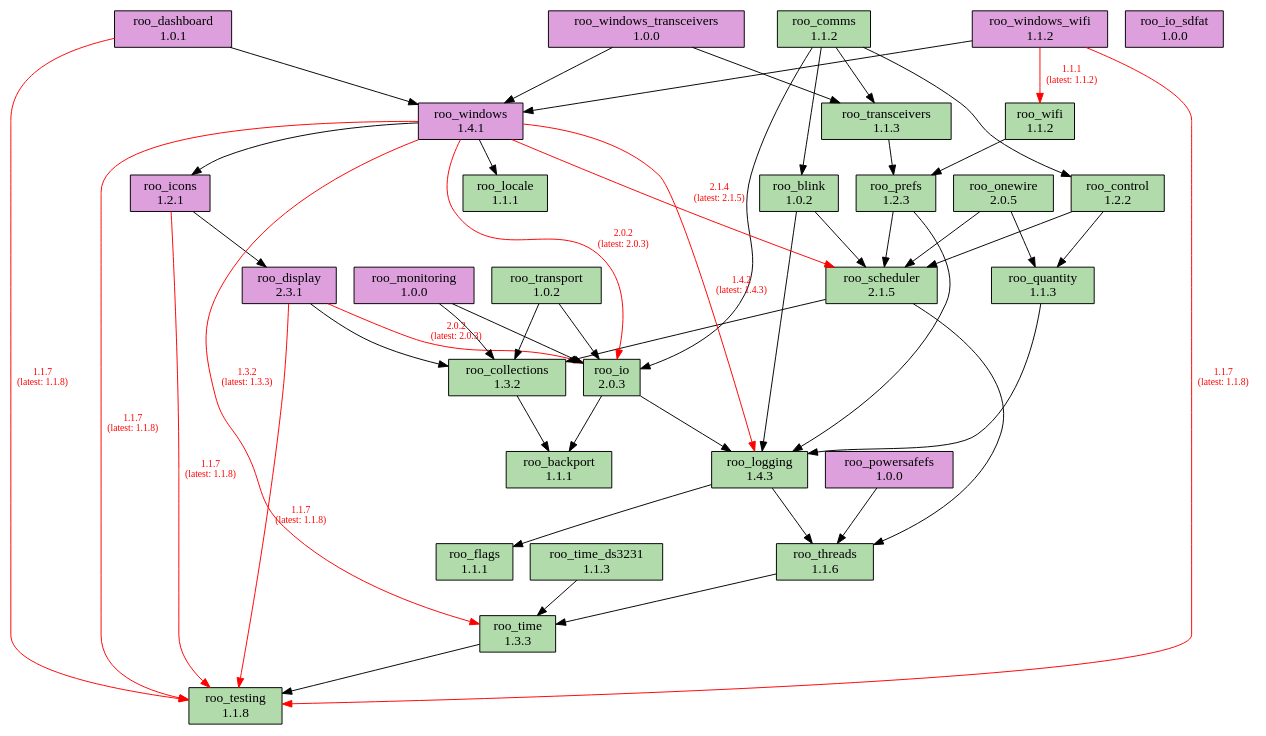
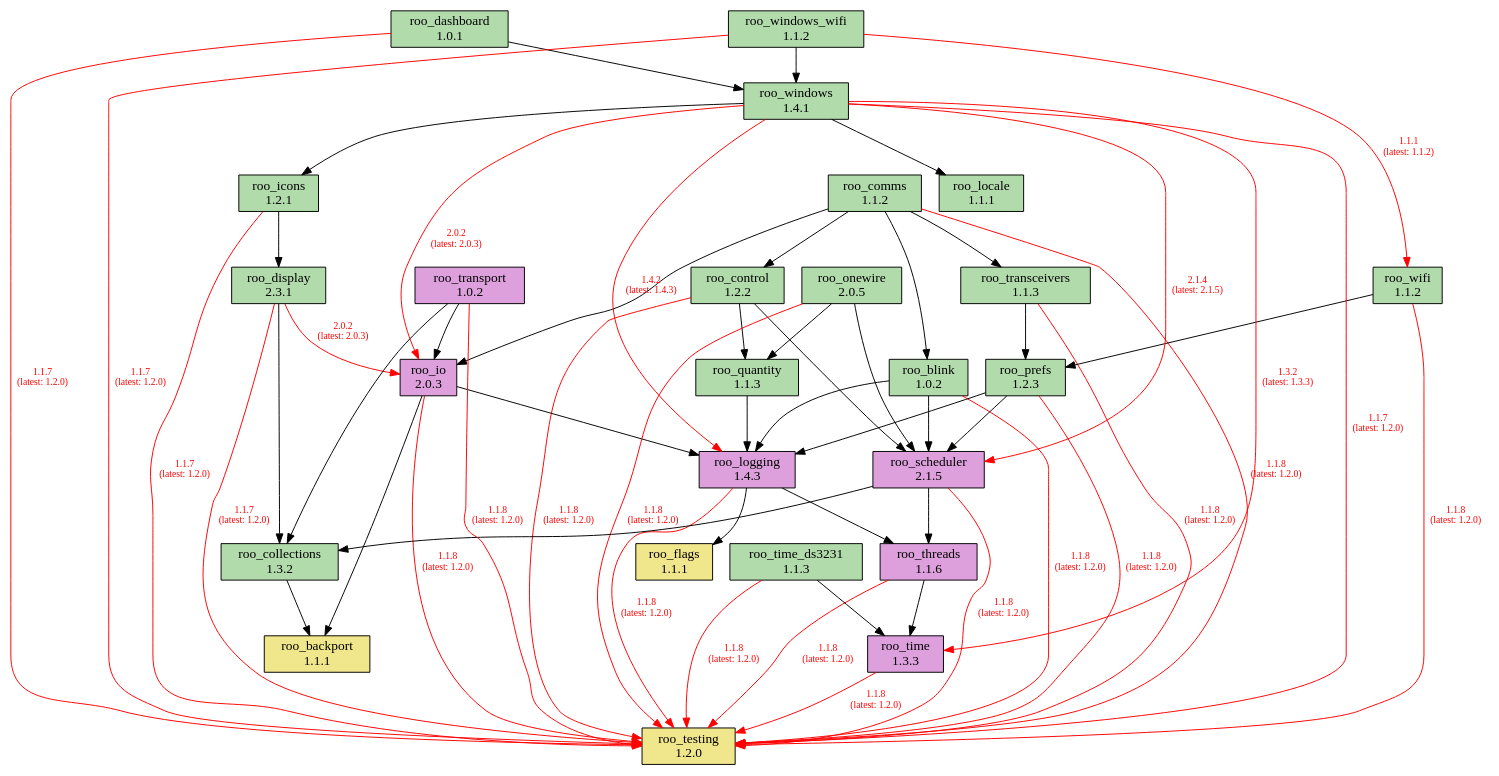
Before and after one commit to dejwk/roo-registry: the diagram in doc/dependencies.dot, drawn with Graphviz. The commit also changed 3 other files, not shown here.

Commit message:
Added roo_testing 1.2.0 to the registry.

```diff
--- a/doc/dependencies.dot
+++ b/doc/dependencies.dot
@@ -1,87 +1,91 @@
 digraph dependencies {
     rankdir=TB;
     node [shape=box, style=filled];
     edge [fontsize=10];
 
     // Modules
-    "roo_backport" [label="roo_backport\n1.1.1", fillcolor="#b1dbab"];
+    "roo_backport" [label="roo_backport\n1.1.1", fillcolor="khaki"];
     "roo_blink" [label="roo_blink\n1.0.2", fillcolor="#b1dbab"];
     "roo_collections" [label="roo_collections\n1.3.2", fillcolor="#b1dbab"];
     "roo_comms" [label="roo_comms\n1.1.2", fillcolor="#b1dbab"];
     "roo_control" [label="roo_control\n1.2.2", fillcolor="#b1dbab"];
-    "roo_dashboard" [label="roo_dashboard\n1.0.1", fillcolor="plum"];
-    "roo_display" [label="roo_display\n2.3.1", fillcolor="plum"];
-    "roo_flags" [label="roo_flags\n1.1.1", fillcolor="#b1dbab"];
-    "roo_icons" [label="roo_icons\n1.2.1", fillcolor="plum"];
-    "roo_io" [label="roo_io\n2.0.3", fillcolor="#b1dbab"];
-    "roo_io_sdfat" [label="roo_io_sdfat\n1.0.0", fillcolor="plum"];
+    "roo_dashboard" [label="roo_dashboard\n1.0.1", fillcolor="#b1dbab"];
+    "roo_display" [label="roo_display\n2.3.1", fillcolor="#b1dbab"];
+    "roo_flags" [label="roo_flags\n1.1.1", fillcolor="khaki"];
+    "roo_icons" [label="roo_icons\n1.2.1", fillcolor="#b1dbab"];
+    "roo_io" [label="roo_io\n2.0.3", fillcolor="plum"];
     "roo_locale" [label="roo_locale\n1.1.1", fillcolor="#b1dbab"];
-    "roo_logging" [label="roo_logging\n1.4.3", fillcolor="#b1dbab"];
-    "roo_monitoring" [label="roo_monitoring\n1.0.0", fillcolor="plum"];
+    "roo_logging" [label="roo_logging\n1.4.3", fillcolor="plum"];
     "roo_onewire" [label="roo_onewire\n2.0.5", fillcolor="#b1dbab"];
-    "roo_powersafefs" [label="roo_powersafefs\n1.0.0", fillcolor="plum"];
     "roo_prefs" [label="roo_prefs\n1.2.3", fillcolor="#b1dbab"];
     "roo_quantity" [label="roo_quantity\n1.1.3", fillcolor="#b1dbab"];
-    "roo_scheduler" [label="roo_scheduler\n2.1.5", fillcolor="#b1dbab"];
-    "roo_testing" [label="roo_testing\n1.1.8", fillcolor="#b1dbab"];
-    "roo_threads" [label="roo_threads\n1.1.6", fillcolor="#b1dbab"];
-    "roo_time" [label="roo_time\n1.3.3", fillcolor="#b1dbab"];
+    "roo_scheduler" [label="roo_scheduler\n2.1.5", fillcolor="plum"];
+    "roo_testing" [label="roo_testing\n1.2.0", fillcolor="khaki"];
+    "roo_threads" [label="roo_threads\n1.1.6", fillcolor="plum"];
+    "roo_time" [label="roo_time\n1.3.3", fillcolor="plum"];
     "roo_time_ds3231" [label="roo_time_ds3231\n1.1.3", fillcolor="#b1dbab"];
     "roo_transceivers" [label="roo_transceivers\n1.1.3", fillcolor="#b1dbab"];
-    "roo_transport" [label="roo_transport\n1.0.2", fillcolor="#b1dbab"];
+    "roo_transport" [label="roo_transport\n1.0.2", fillcolor="plum"];
     "roo_wifi" [label="roo_wifi\n1.1.2", fillcolor="#b1dbab"];
-    "roo_windows" [label="roo_windows\n1.4.1", fillcolor="plum"];
-    "roo_windows_transceivers" [label="roo_windows_transceivers\n1.0.0", fillcolor="plum"];
-    "roo_windows_wifi" [label="roo_windows_wifi\n1.1.2", fillcolor="plum"];
+    "roo_windows" [label="roo_windows\n1.4.1", fillcolor="#b1dbab"];
+    "roo_windows_wifi" [label="roo_windows_wifi\n1.1.2", fillcolor="#b1dbab"];
 
     // Dependencies
+    "roo_blink" -> "roo_testing" [color=red, fontcolor=red, label="1.1.8\n(latest: 1.2.0)"];
     "roo_blink" -> "roo_logging";
     "roo_blink" -> "roo_scheduler";
     "roo_collections" -> "roo_backport";
+    "roo_comms" -> "roo_testing" [color=red, fontcolor=red, label="1.1.8\n(latest: 1.2.0)"];
     "roo_comms" -> "roo_blink";
     "roo_comms" -> "roo_control";
     "roo_comms" -> "roo_io";
     "roo_comms" -> "roo_transceivers";
+    "roo_control" -> "roo_testing" [color=red, fontcolor=red, label="1.1.8\n(latest: 1.2.0)"];
     "roo_control" -> "roo_quantity";
     "roo_control" -> "roo_scheduler";
-    "roo_dashboard" -> "roo_testing" [color=red, fontcolor=red, label="1.1.7\n(latest: 1.1.8)"];
+    "roo_dashboard" -> "roo_testing" [color=red, fontcolor=red, label="1.1.7\n(latest: 1.2.0)"];
     "roo_dashboard" -> "roo_windows";
-    "roo_display" -> "roo_testing" [color=red, fontcolor=red, label="1.1.7\n(latest: 1.1.8)"];
+    "roo_display" -> "roo_testing" [color=red, fontcolor=red, label="1.1.7\n(latest: 1.2.0)"];
     "roo_display" -> "roo_collections";
     "roo_display" -> "roo_io" [color=red, fontcolor=red, label="2.0.2\n(latest: 2.0.3)"];
-    "roo_icons" -> "roo_testing" [color=red, fontcolor=red, label="1.1.7\n(latest: 1.1.8)"];
+    "roo_icons" -> "roo_testing" [color=red, fontcolor=red, label="1.1.7\n(latest: 1.2.0)"];
     "roo_icons" -> "roo_display";
+    "roo_io" -> "roo_testing" [color=red, fontcolor=red, label="1.1.8\n(latest: 1.2.0)"];
     "roo_io" -> "roo_backport";
     "roo_io" -> "roo_logging";
+    "roo_logging" -> "roo_testing" [color=red, fontcolor=red, label="1.1.8\n(latest: 1.2.0)"];
     "roo_logging" -> "roo_flags";
     "roo_logging" -> "roo_threads";
-    "roo_monitoring" -> "roo_collections";
-    "roo_monitoring" -> "roo_io";
+    "roo_onewire" -> "roo_testing" [color=red, fontcolor=red, label="1.1.8\n(latest: 1.2.0)"];
     "roo_onewire" -> "roo_scheduler";
     "roo_onewire" -> "roo_quantity";
-    "roo_powersafefs" -> "roo_threads";
+    "roo_prefs" -> "roo_testing" [color=red, fontcolor=red, label="1.1.8\n(latest: 1.2.0)"];
     "roo_prefs" -> "roo_logging";
     "roo_prefs" -> "roo_scheduler";
     "roo_quantity" -> "roo_logging";
+    "roo_scheduler" -> "roo_testing" [color=red, fontcolor=red, label="1.1.8\n(latest: 1.2.0)"];
     "roo_scheduler" -> "roo_collections";
     "roo_scheduler" -> "roo_threads";
+    "roo_threads" -> "roo_testing" [color=red, fontcolor=red, label="1.1.8\n(latest: 1.2.0)"];
     "roo_threads" -> "roo_time";
-    "roo_time" -> "roo_testing";
+    "roo_time" -> "roo_testing" [color=red, fontcolor=red, label="1.1.8\n(latest: 1.2.0)"];
+    "roo_time_ds3231" -> "roo_testing" [color=red, fontcolor=red, label="1.1.8\n(latest: 1.2.0)"];
     "roo_time_ds3231" -> "roo_time";
+    "roo_transceivers" -> "roo_testing" [color=red, fontcolor=red, label="1.1.8\n(latest: 1.2.0)"];
     "roo_transceivers" -> "roo_prefs";
+    "roo_transport" -> "roo_testing" [color=red, fontcolor=red, label="1.1.8\n(latest: 1.2.0)"];
     "roo_transport" -> "roo_collections";
     "roo_transport" -> "roo_io";
+    "roo_wifi" -> "roo_testing" [color=red, fontcolor=red, label="1.1.8\n(latest: 1.2.0)"];
     "roo_wifi" -> "roo_prefs";
-    "roo_windows" -> "roo_testing" [color=red, fontcolor=red, label="1.1.7\n(latest: 1.1.8)"];
+    "roo_windows" -> "roo_testing" [color=red, fontcolor=red, label="1.1.7\n(latest: 1.2.0)"];
     "roo_windows" -> "roo_locale";
     "roo_windows" -> "roo_logging" [color=red, fontcolor=red, label="1.4.2\n(latest: 1.4.3)"];
     "roo_windows" -> "roo_icons";
     "roo_windows" -> "roo_io" [color=red, fontcolor=red, label="2.0.2\n(latest: 2.0.3)"];
     "roo_windows" -> "roo_scheduler" [color=red, fontcolor=red, label="2.1.4\n(latest: 2.1.5)"];
     "roo_windows" -> "roo_time" [color=red, fontcolor=red, label="1.3.2\n(latest: 1.3.3)"];
-    "roo_windows_transceivers" -> "roo_transceivers";
-    "roo_windows_transceivers" -> "roo_windows";
-    "roo_windows_wifi" -> "roo_testing" [color=red, fontcolor=red, label="1.1.7\n(latest: 1.1.8)"];
+    "roo_windows_wifi" -> "roo_testing" [color=red, fontcolor=red, label="1.1.7\n(latest: 1.2.0)"];
     "roo_windows_wifi" -> "roo_wifi" [color=red, fontcolor=red, label="1.1.1\n(latest: 1.1.2)"];
     "roo_windows_wifi" -> "roo_windows";
 }
```
